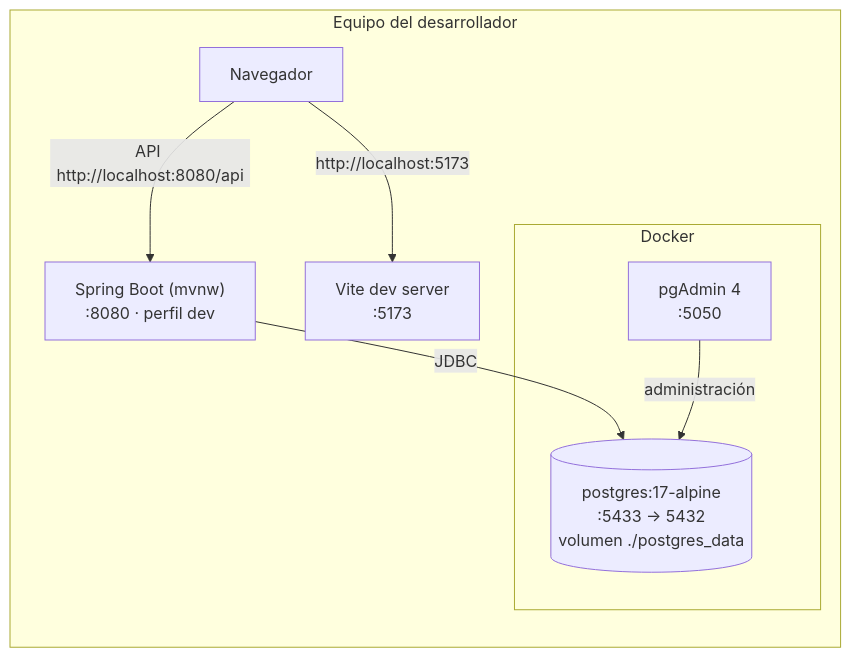
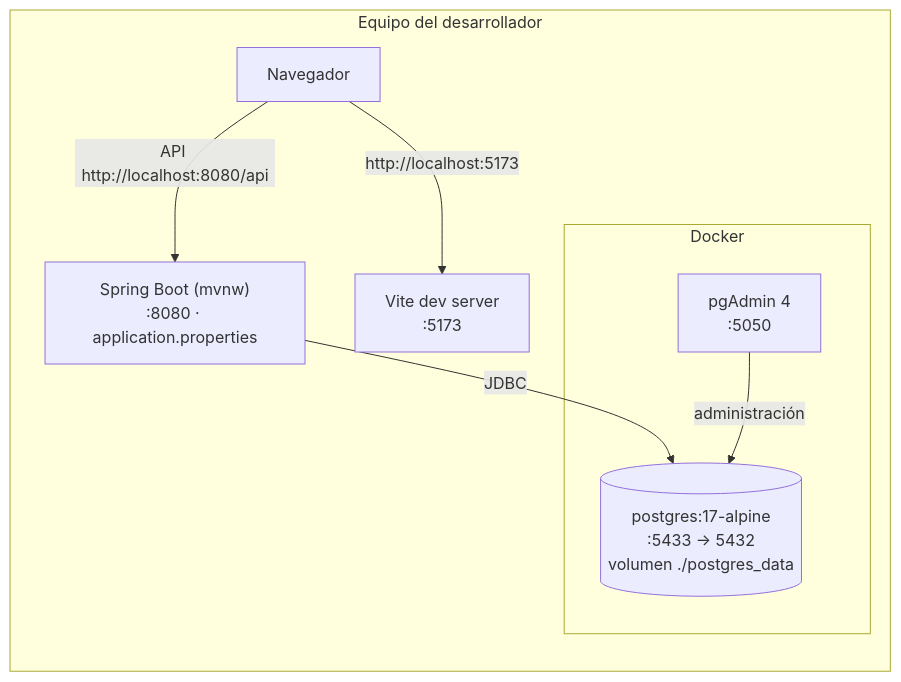
The second of 2 diagrams in docs/manual-tecnico.md (graduation-project-Aprendizaje-Usco/backend), drawn with Mermaid before and after one commit. The commit also changed other lines of this file and 44 other files, not shown here.

````diff
--- a/docs/manual-tecnico.md
+++ b/docs/manual-tecnico.md
@@ -54,16 +54,16 @@
 ```mermaid
 flowchart LR
     subgraph Equipo del desarrollador
         B["Navegador"]
         V["Vite dev server<br/>:5173"]
-        S["Spring Boot (mvnw)<br/>:8080 · perfil dev"]
+        S["Spring Boot (mvnw)<br/>:8080 · application.properties"]
         subgraph Docker
             P[("postgres:17-alpine<br/>:5433 → 5432<br/>volumen ./postgres_data")]
             A["pgAdmin 4<br/>:5050"]
         end
     end
     B -- "http://localhost:5173" --> V
     B -- "API http://localhost:8080/api" --> S
     S -- "JDBC" --> P
     A -- "administración" --> P
 ```
````
